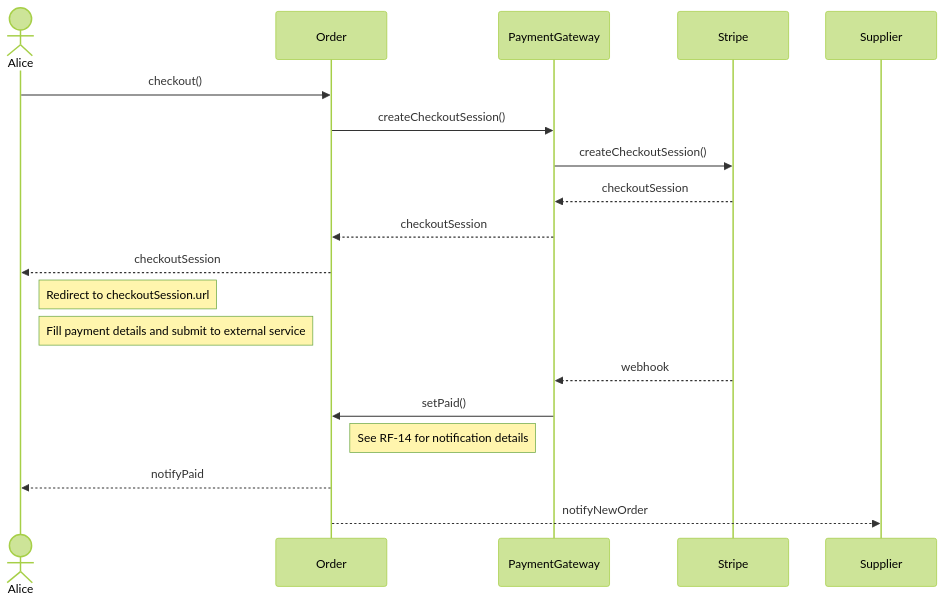
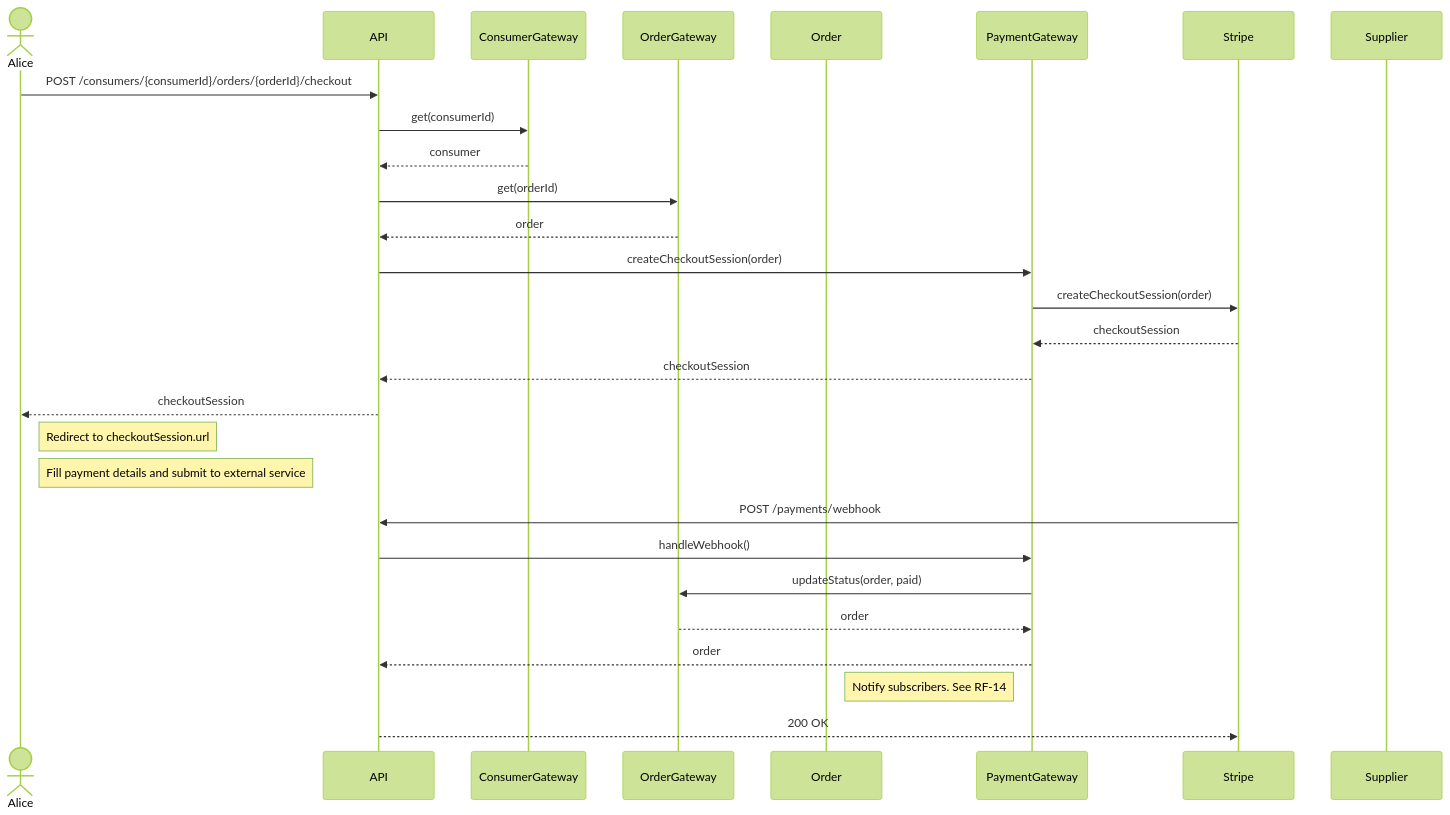
Before and after one commit to hivetown/planning: diagram 15 of 32 in sequence.md, drawn with Mermaid (forest theme). The commit also changed other lines of this file, not shown here.

````diff
--- a/sequence.md
+++ b/sequence.md
@@ -388,24 +447,39 @@
 ```mermaid
 sequenceDiagram
     actor A as Alice
+    participant API
+    participant CG as ConsumerGateway
+    participant OG as OrderGateway
     participant O as Order
     participant PG as PaymentGateway
     participant S as Stripe
     participant Su as Supplier
 
-    A ->> O: checkout()
-    O ->> PG: createCheckoutSession()
-    PG ->> S: createCheckoutSession()
+    A ->> API: POST /consumers/{consumerId}/orders/{orderId}/checkout
+
+    API ->> CG: get(consumerId)
+    CG -->> API: consumer
+
+    API ->> OG: get(orderId)
+    OG -->> API: order
+
+    API ->> PG: createCheckoutSession(order)
+    PG ->> S: createCheckoutSession(order)
     S -->> PG: checkoutSession
-    PG -->> O: checkoutSession
-    O -->> A: checkoutSession
+    PG -->> API: checkoutSession
+
+    API -->> A: checkoutSession
 
     Note right of A: Redirect to checkoutSession.url
     Note right of A: Fill payment details and submit to external service
 
-    S -->> PG: webhook
-    PG ->> O: setPaid()
-    Note right of O: See RF-14 for notification details
-    O -->> A: notifyPaid
-    O -->> Su: notifyNewOrder
+    S ->> API: POST /payments/webhook
+    API ->> PG: handleWebhook()
+    PG ->> OG: updateStatus(order, paid)
+    OG -->> PG: order
+    PG -->> API: order
+
+    Note right of O: Notify subscribers. See RF-14
+
+    API -->> S: 200 OK
 ```
````
